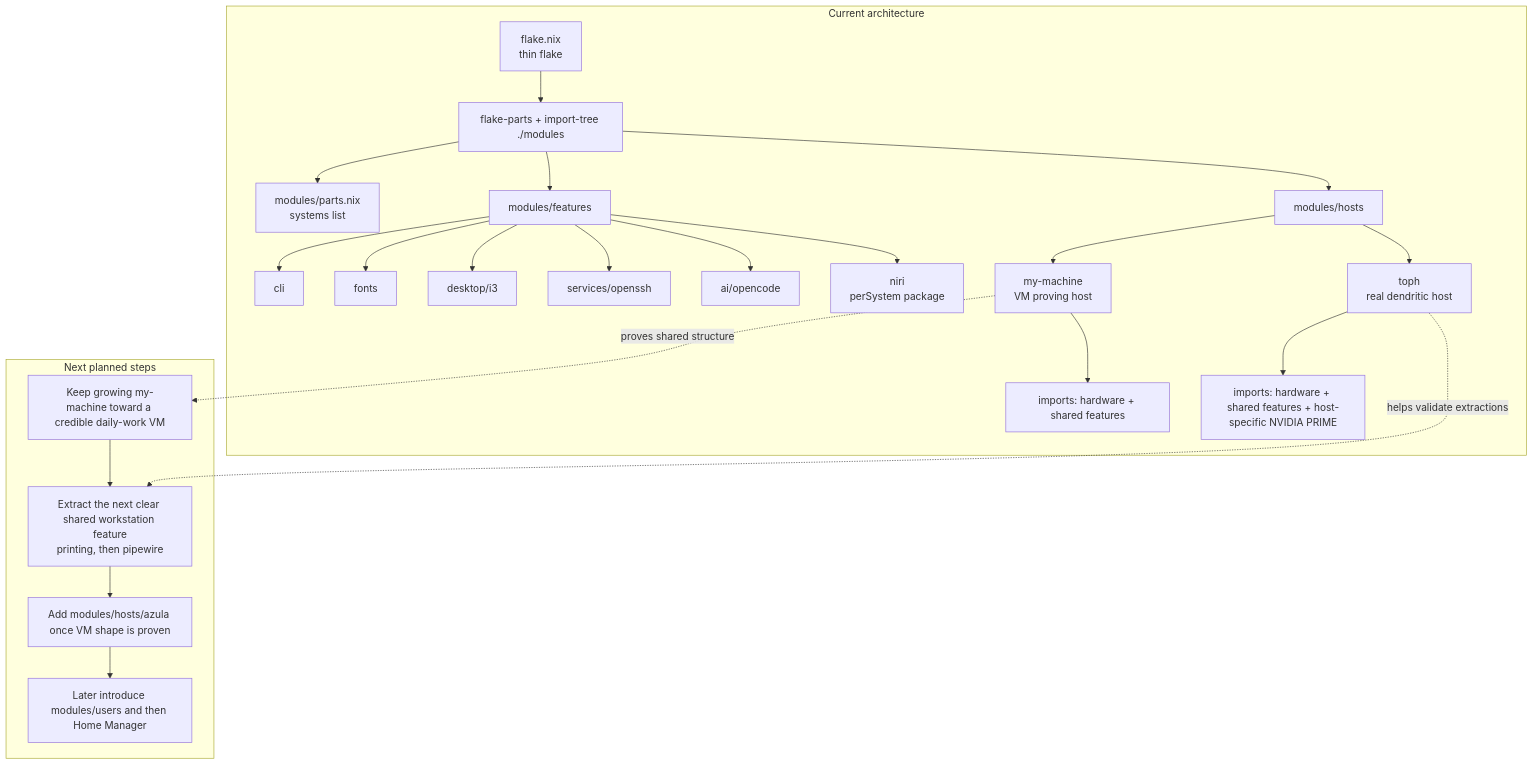
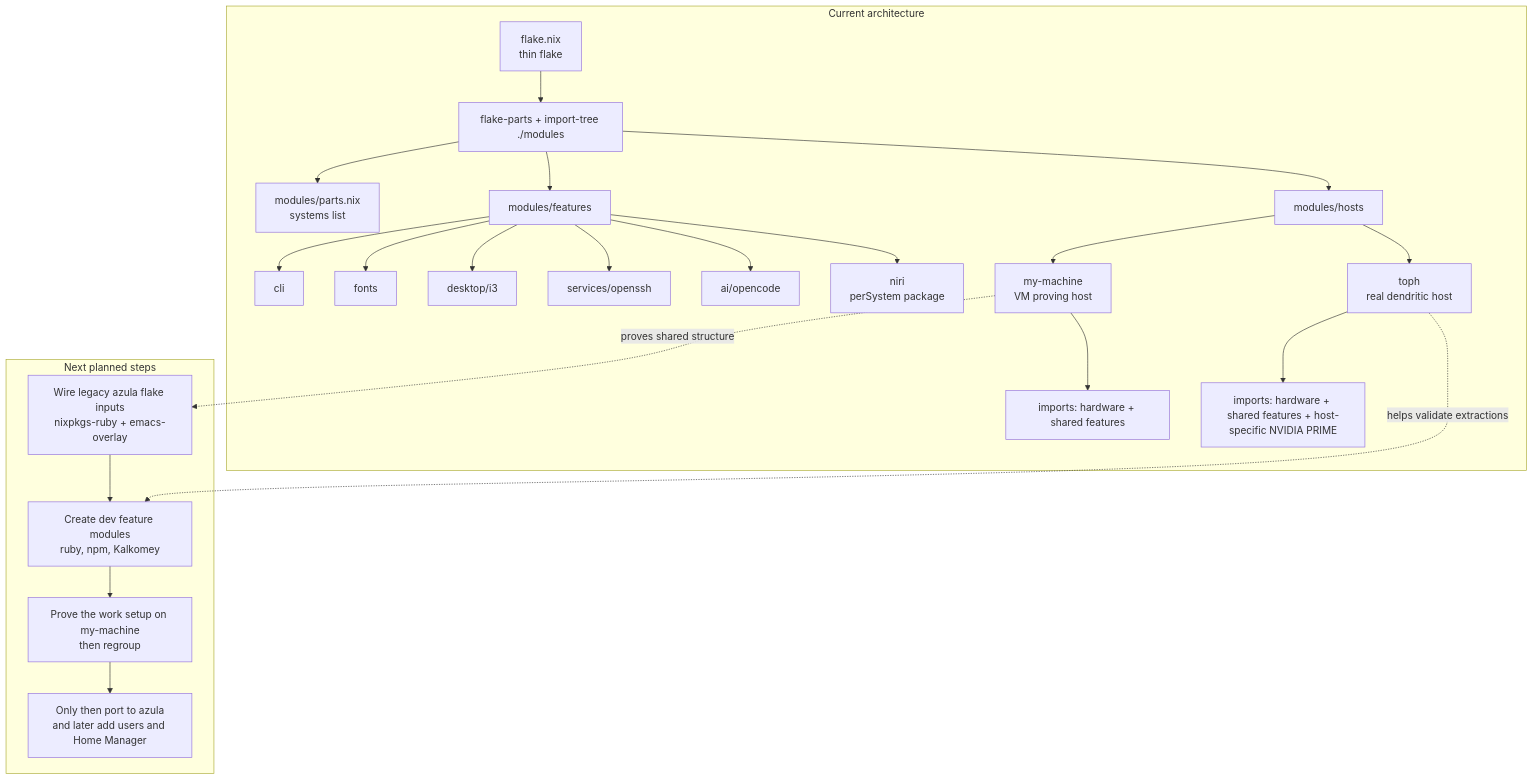
The diagram in docs/azula-dendritic-migration-plan.md (iachettifederico/myNixOS), drawn with Mermaid before and after one commit. The commit also changed other lines of this file and 1 other file, not shown here.

Commit message:
Refine azula VM-first migration plan

````diff
--- a/docs/azula-dendritic-migration-plan.md
+++ b/docs/azula-dendritic-migration-plan.md
@@ -89,34 +88,34 @@
 ```mermaid
 flowchart TD
   subgraph Current["Current architecture"]
     F["flake.nix<br/>thin flake"] --> P["flake-parts + import-tree ./modules"]
     P --> S["modules/parts.nix<br/>systems list"]
     P --> FE["modules/features"]
     P --> HO["modules/hosts"]
 
     FE --> CLI["cli"]
     FE --> FO["fonts"]
     FE --> I3["desktop/i3"]
     FE --> SSH["services/openssh"]
     FE --> OC["ai/opencode"]
     FE --> NI["niri<br/>perSystem package"]
 
     HO --> MM["my-machine<br/>VM proving host"]
     HO --> TO["toph<br/>real dendritic host"]
 
     MM --> MMF["imports: hardware + shared features"]
     TO --> TOF["imports: hardware + shared features + host-specific NVIDIA PRIME"]
   end
 
   subgraph Next["Next planned steps"]
-    N1["Keep growing my-machine toward a credible daily-work VM"]
-    N2["Extract the next clear shared workstation feature<br/>printing, then pipewire"]
-    N3["Add modules/hosts/azula once VM shape is proven"]
-    N4["Later introduce modules/users and then Home Manager"]
+    N1["Wire legacy azula flake inputs<br/>nixpkgs-ruby + emacs-overlay"]
+    N2["Create dev feature modules<br/>ruby, npm, Kalkomey"]
+    N3["Prove the work setup on my-machine<br/>then regroup"]
+    N4["Only then port to azula<br/>and later add users and Home Manager"]
 
     N1 --> N2 --> N3 --> N4
   end
 
   MM -. proves shared structure .-> N1
   TO -. helps validate extractions .-> N2
 ```
````
